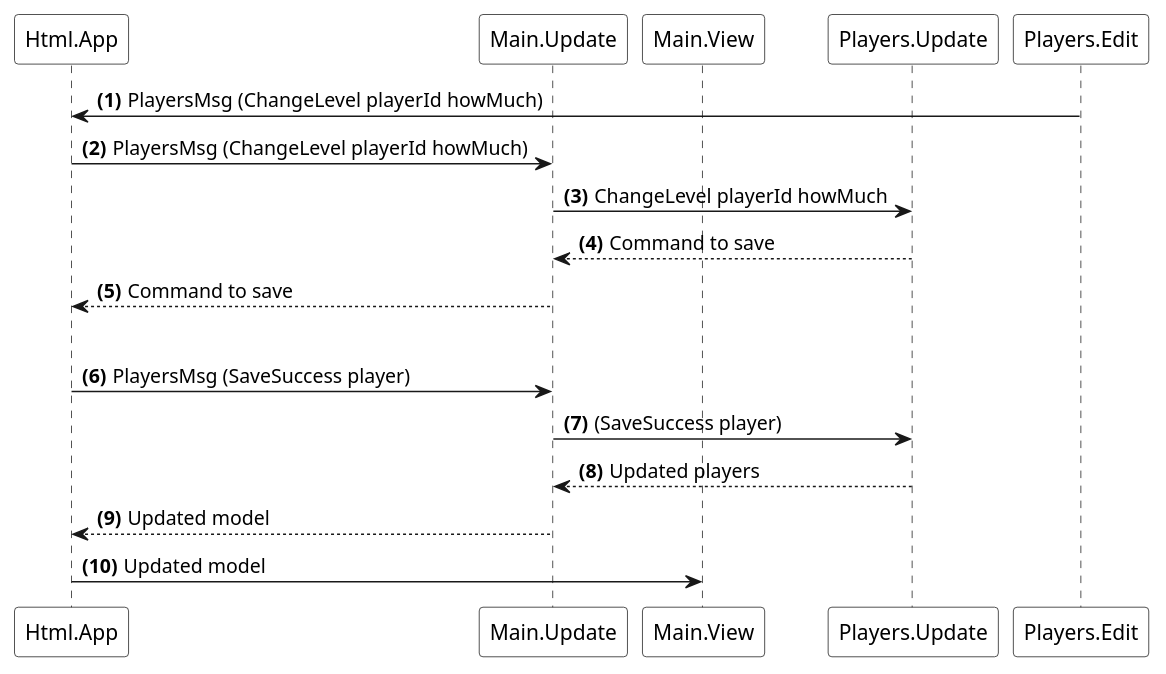
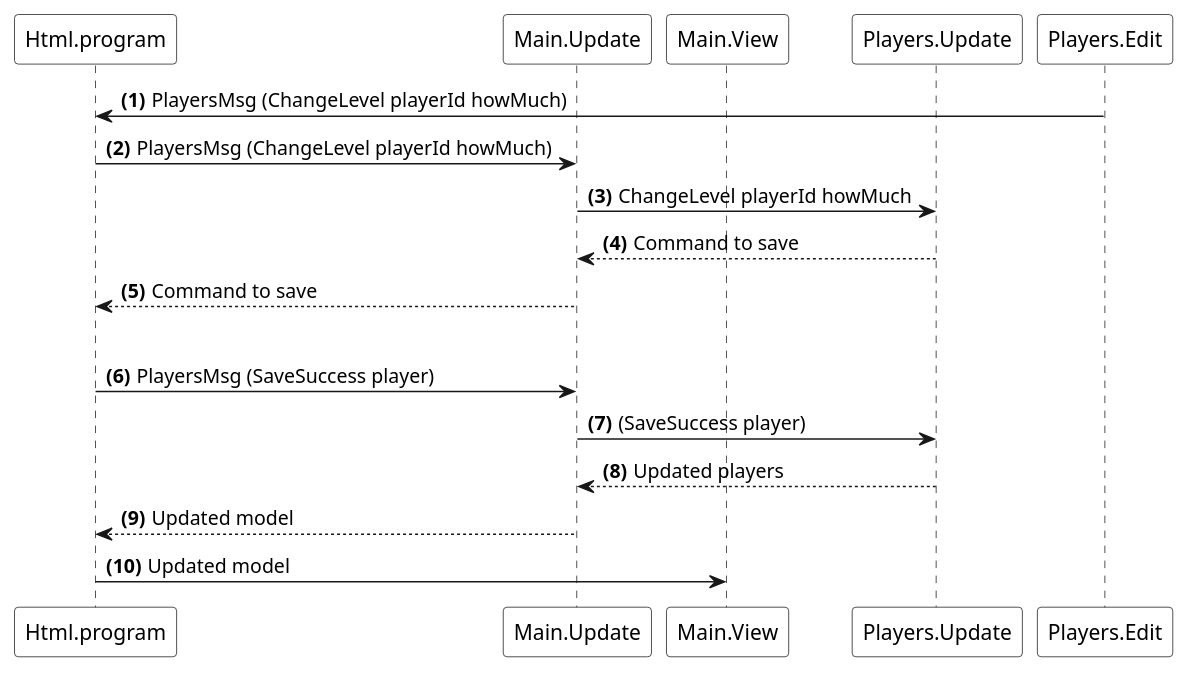
Before and after one commit to sporto/elm-tutorial: the diagram in en/08-edit/01-plan.pu, drawn with PlantUML. The commit also changed 8 other files, not shown here.

```diff
--- a/en/08-edit/01-plan.pu
+++ b/en/08-edit/01-plan.pu
@@ -1,24 +1,24 @@
 @startuml
 
 autonumber "<b>(#)"
 
-participant Html.App as App #white
+participant Html.program as program #white
 participant Main.Update as MU #white
 participant Main.View as MV #white
 participant Players.Update as PU #white
 participant Players.Edit as PE #white
 
-PE -> App : PlayersMsg (ChangeLevel playerId howMuch)
-App -> MU : PlayersMsg (ChangeLevel playerId howMuch)
+PE -> program : PlayersMsg (ChangeLevel playerId howMuch)
+program -> MU : PlayersMsg (ChangeLevel playerId howMuch)
 MU -> PU : ChangeLevel playerId howMuch
 PU --> MU : Command to save
-MU --> App : Command to save
+MU --> program : Command to save
 |||
-App -> MU : PlayersMsg (SaveSuccess player)
+program -> MU : PlayersMsg (SaveSuccess player)
 MU -> PU : (SaveSuccess player)
 PU --> MU : Updated players
-MU --> App : Updated model
-App -> MV : Updated model
+MU --> program : Updated model
+program -> MV : Updated model
 
 
 @enduml
```
